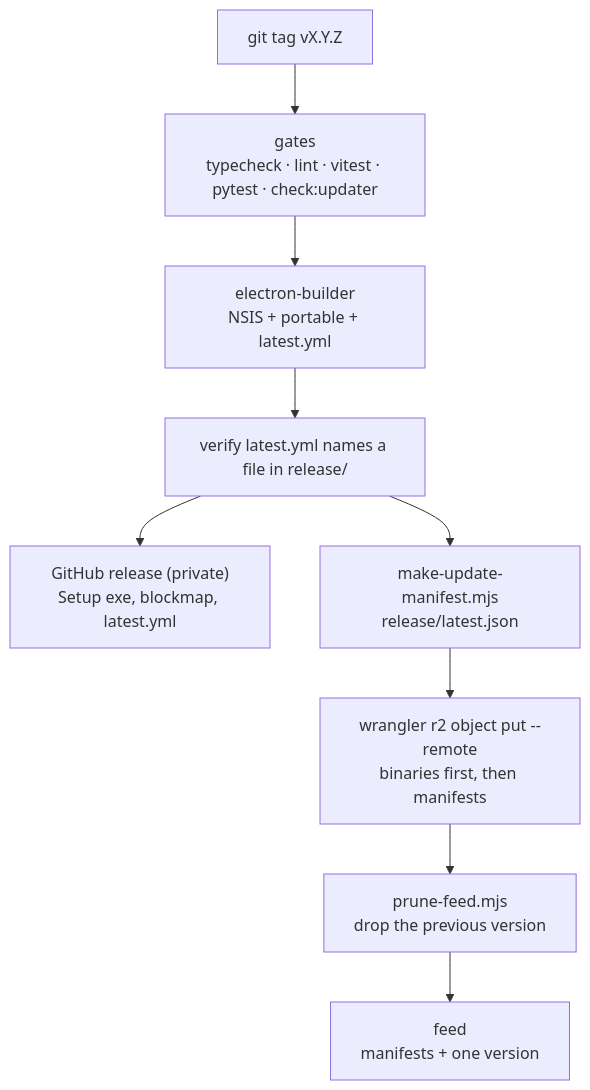
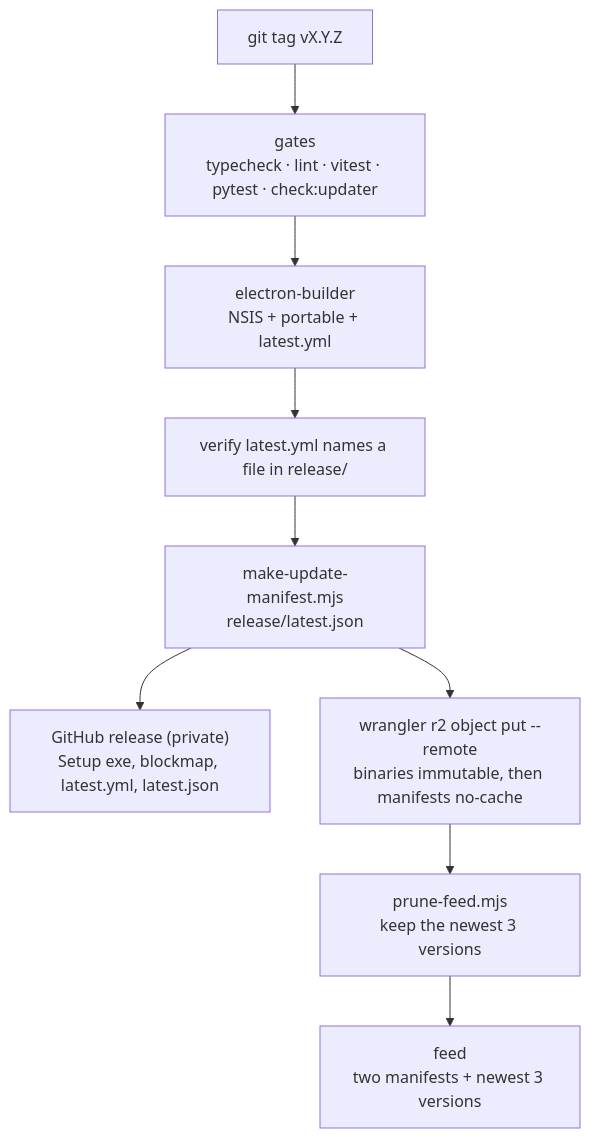
Before and after one commit to yassine808/RiotSwitcher: the first of 3 diagrams in docs/UPDATES.md, drawn with Mermaid. The commit also changed other lines of this file and 6 other files, not shown here.

Commit message:
feat: keep three feed versions, cache binaries immutably, add a withdrawal workflow

````diff
--- a/docs/UPDATES.md
+++ b/docs/UPDATES.md
@@ -81,11 +88,11 @@
 ```mermaid
 flowchart TD
   T["git tag vX.Y.Z"] --> GATE["gates<br/>typecheck · lint · vitest · pytest · check:updater"]
   GATE --> PACK["electron-builder<br/>NSIS + portable + latest.yml"]
   PACK --> VERIFY["verify latest.yml names a file in release/"]
-  VERIFY --> GH["GitHub release (private)<br/>Setup exe, blockmap, latest.yml"]
   VERIFY --> MAN["make-update-manifest.mjs<br/>release/latest.json"]
-  MAN --> R2["wrangler r2 object put --remote<br/>binaries first, then manifests"]
-  R2 --> PRUNE["prune-feed.mjs<br/>drop the previous version"]
-  PRUNE --> FEED["feed<br/>manifests + one version"]
+  MAN --> GH["GitHub release (private)<br/>Setup exe, blockmap, latest.yml, latest.json"]
+  MAN --> R2["wrangler r2 object put --remote<br/>binaries immutable, then manifests no-cache"]
+  R2 --> PRUNE["prune-feed.mjs<br/>keep the newest 3 versions"]
+  PRUNE --> FEED["feed<br/>two manifests + newest 3 versions"]
 ```
````
